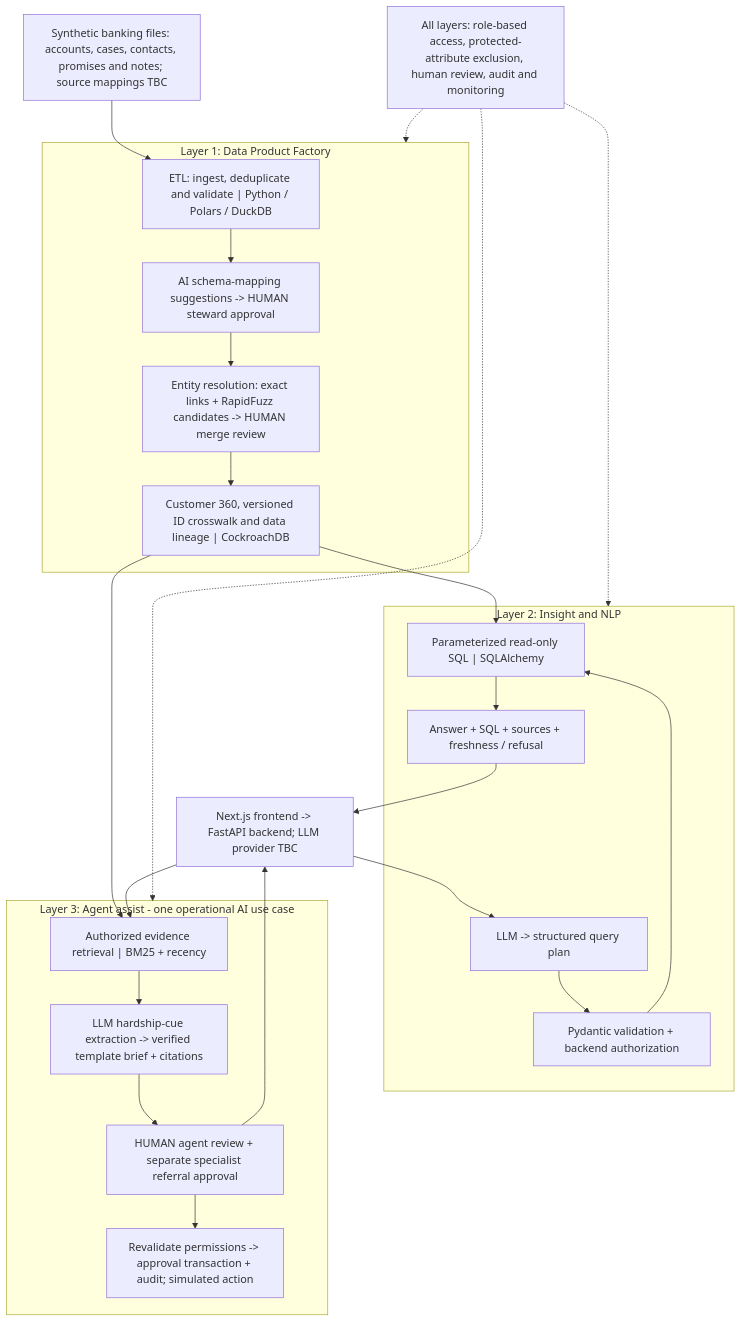
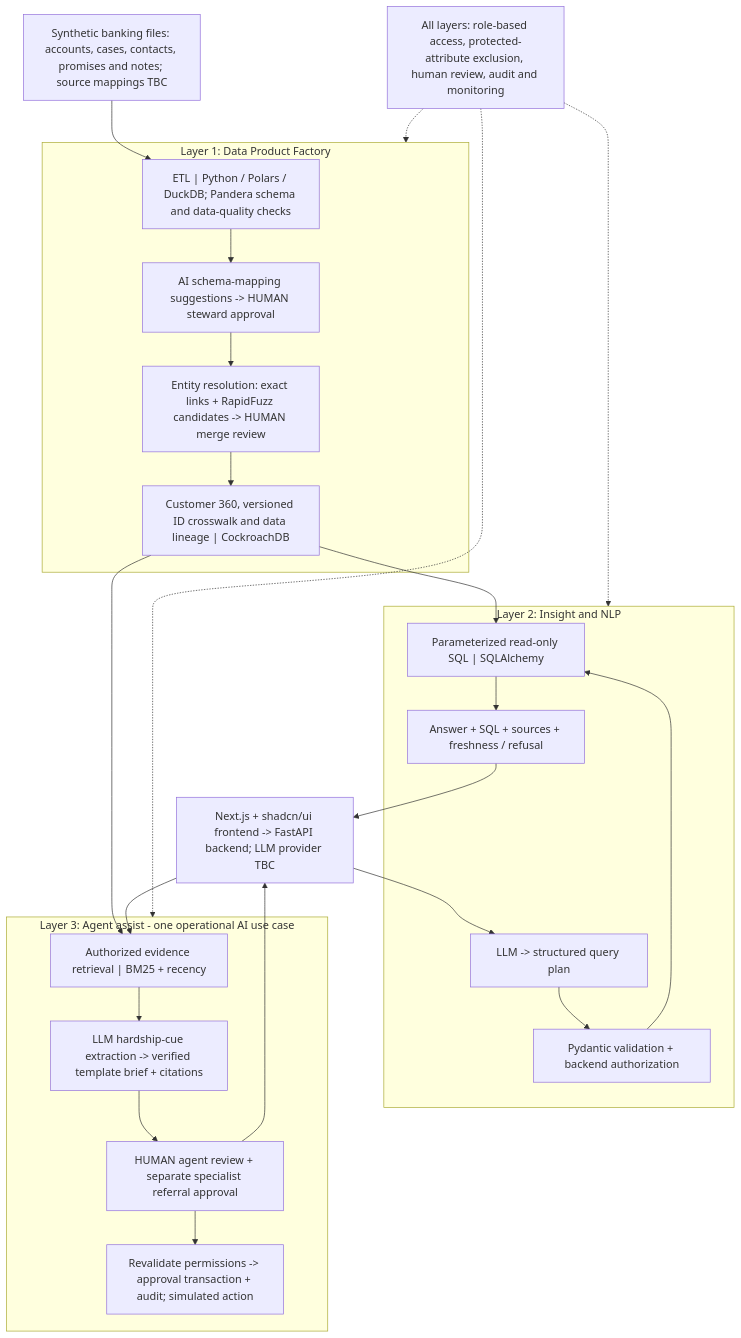
The diagram in docs/architecture.mmd (pg1590/cibc-collections-copilot), drawn with Mermaid before and after one commit. The commit also changed 6 other files, not shown here.

Commit message:
Include Pandera and shadcn UI in submission design

```diff
--- a/docs/architecture.mmd
+++ b/docs/architecture.mmd
@@ -1,34 +1,34 @@
 flowchart TB
   SRC["Synthetic banking files: accounts, cases, contacts, promises and notes; source mappings TBC"]
   subgraph L1["Layer 1: Data Product Factory"]
-    ETL["ETL: ingest, deduplicate and validate | Python / Polars / DuckDB"]
+    ETL["ETL | Python / Polars / DuckDB; Pandera schema and data-quality checks"]
     MAP["AI schema-mapping suggestions -> HUMAN steward approval"]
     ID["Entity resolution: exact links + RapidFuzz candidates -> HUMAN merge review"]
     C360["Customer 360, versioned ID crosswalk and data lineage | CockroachDB"]
     ETL --> MAP --> ID --> C360
   end
   SRC --> ETL
   subgraph L2["Layer 2: Insight and NLP"]
     PLAN["LLM -> structured query plan"]
     VALIDATE["Pydantic validation + backend authorization"]
     SQL["Parameterized read-only SQL | SQLAlchemy"]
     ANSWER["Answer + SQL + sources + freshness / refusal"]
     PLAN --> VALIDATE --> SQL --> ANSWER
   end
   subgraph L3["Layer 3: Agent assist - one operational AI use case"]
     RETRIEVE["Authorized evidence retrieval | BM25 + recency"]
     BRIEF["LLM hardship-cue extraction -> verified template brief + citations"]
     REVIEW["HUMAN agent review + separate specialist referral approval"]
     APPROVE["Revalidate permissions -> approval transaction + audit; simulated action"]
     RETRIEVE --> BRIEF --> REVIEW --> APPROVE
   end
   C360 --> SQL
   C360 --> RETRIEVE
-  UI["Next.js frontend -> FastAPI backend; LLM provider TBC"] --> PLAN
+  UI["Next.js + shadcn/ui frontend -> FastAPI backend; LLM provider TBC"] --> PLAN
   UI --> RETRIEVE
   ANSWER --> UI
   REVIEW --> UI
   GOV["All layers: role-based access, protected-attribute exclusion, human review, audit and monitoring"]
   GOV -.-> L1
   GOV -.-> L2
   GOV -.-> L3
```
